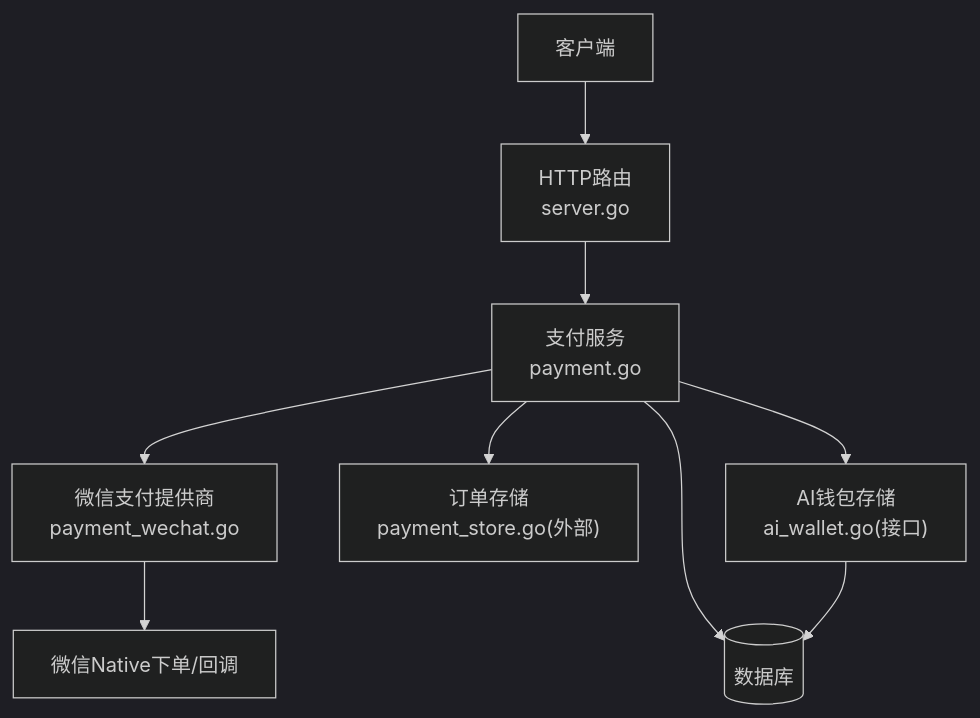
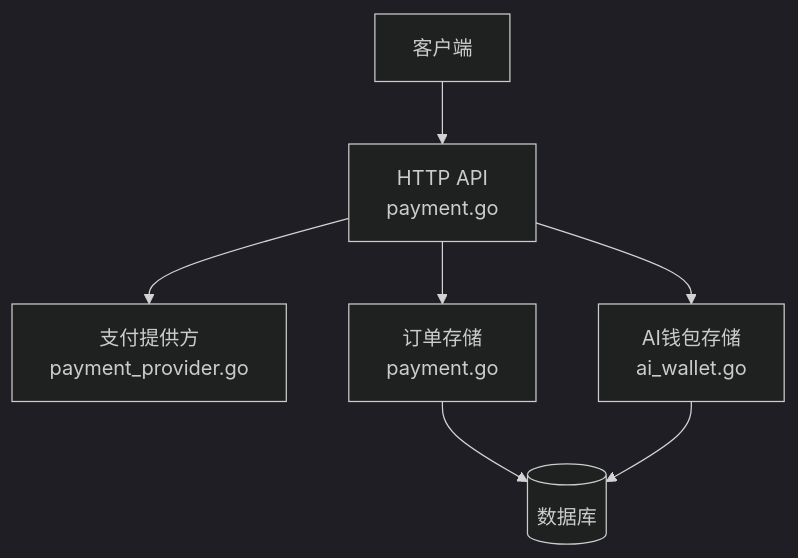
The first of 4 diagrams in .qoder/repowiki/zh/content/API接口文档/云端REST API/支付订阅API/AI余额充值接口.md (alvinwangzi/goodhr), drawn with Mermaid (dark theme) before and after one commit. The commit also changed other lines of this file and 149 other files, not shown here.

````diff
--- a/.qoder/repowiki/zh/content/API接口文档/云端REST API/支付订阅API/AI余额充值接口.md
+++ b/.qoder/repowiki/zh/content/API接口文档/云端REST API/支付订阅API/AI余额充值接口.md
@@ -37,11 +40,9 @@
 ```mermaid
 graph TB
-Client["客户端"] --> Router["HTTP路由<br/>server.go"]
-Router --> PaymentSvc["支付服务<br/>payment.go"]
-PaymentSvc --> Provider["微信支付提供商<br/>payment_wechat.go"]
-PaymentSvc --> OrderStore["订单存储<br/>payment_store.go(外部)"]
-PaymentSvc --> WalletStore["AI钱包存储<br/>ai_wallet.go(接口)"]
-Provider --> WeChat["微信Native下单/回调"]
-PaymentSvc --> DB[("数据库")]
-WalletStore --> DB
+Client["客户端"] --> API["HTTP API<br/>payment.go"]
+API --> Provider["支付提供方<br/>payment_provider.go"]
+API --> Orders["订单存储<br/>payment.go"]
+API --> Wallet["AI钱包存储<br/>ai_wallet.go"]
+Orders --> DB[("数据库")]
+Wallet --> DB
 ```
````
